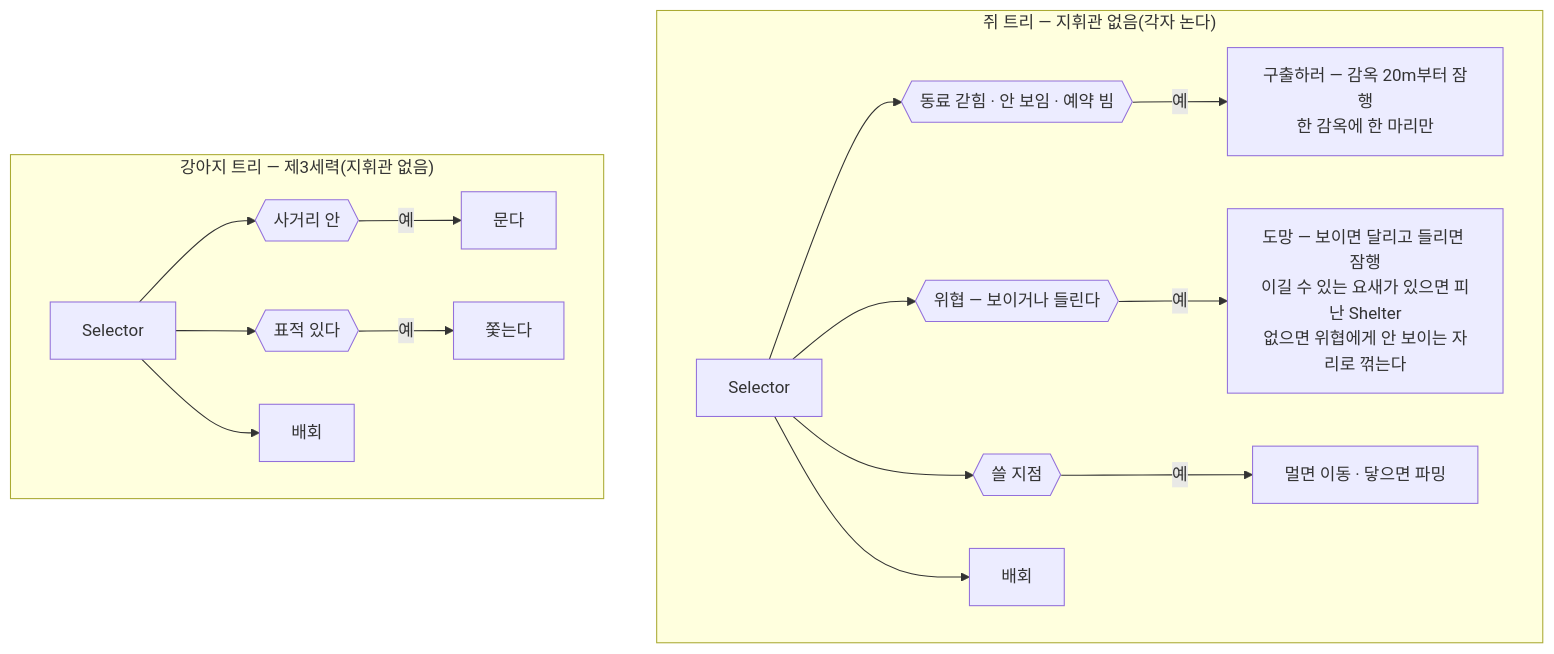
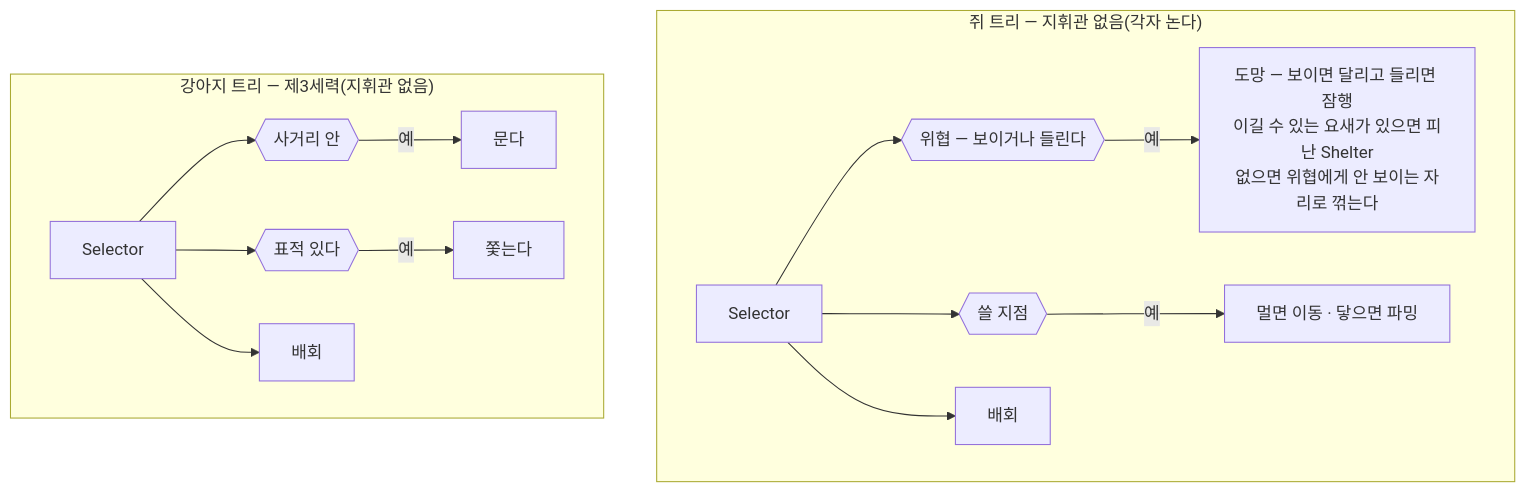
Diagram 11 of 17 in CTC/docs/design-vault/코드 다이어그램.md (JeahanPark/The-Cheese-Thief-and-the-Cat), drawn with Mermaid before and after one commit. The commit also changed other lines of this file and 75 other files, not shown here.

Commit message:
feat(match): 감옥 시스템 삭제 — 쥐는 잡히면 즉시 탈락(관전) · JailDirector/JailedTag/JailLogic/JailHud·맵 창살·CSV Jail* 6칸·봇 구출/간수·qa_v39 제거 · MatchFlowLogic.Evaluate(armed,cats,mice) · 따봉은 관전자만 · 문서(규칙 페이지·코드 다이어그램·핸드오프)

````diff
--- a/CTC/docs/design-vault/코드 다이어그램.md
+++ b/CTC/docs/design-vault/코드 다이어그램.md
@@ -533,20 +511,18 @@
 ```mermaid
 flowchart TB
     subgraph 쥐["쥐 트리 — 지휘관 없음(각자 논다)"]
-        Root[Selector] --> J{{동료 갇힘 · 안 보임 · 예약 빔}}
-        J -->|예| JA[구출하러 — 감옥 20m부터 잠행<br/>한 감옥에 한 마리만]
-        Root --> T{{위협 — 보이거나 들린다}}
+        Root[Selector] --> T{{위협 — 보이거나 들린다}}
         T -->|예| TA[도망 — 보이면 달리고 들리면 잠행<br/>이길 수 있는 요새가 있으면 피난 Shelter<br/>없으면 위협에게 안 보이는 자리로 꺾는다]
         Root --> S{{쓸 지점}}
         S -->|예| SA[멀면 이동 · 닿으면 파밍]
         Root --> WW[배회]
     end
 
     subgraph 강아지["강아지 트리 — 제3세력(지휘관 없음)"]
         DRoot[Selector] --> DB{{사거리 안}}
         DB -->|예| DBA[문다]
         DRoot --> DC{{표적 있다}}
         DC -->|예| DCA[쫓는다]
         DRoot --> DR[배회]
     end
 ```
````
